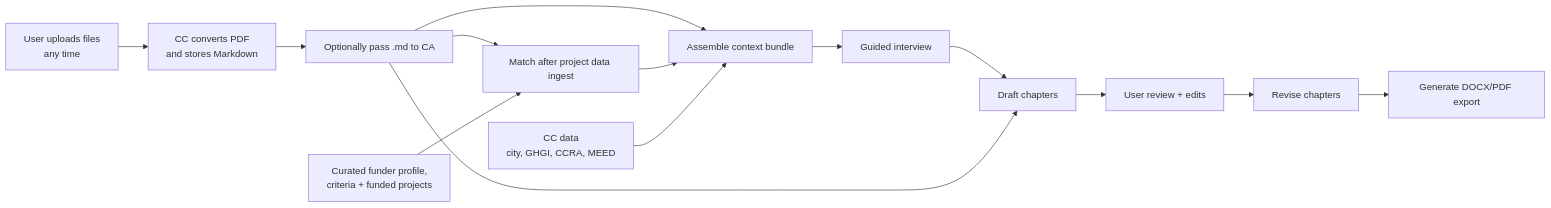
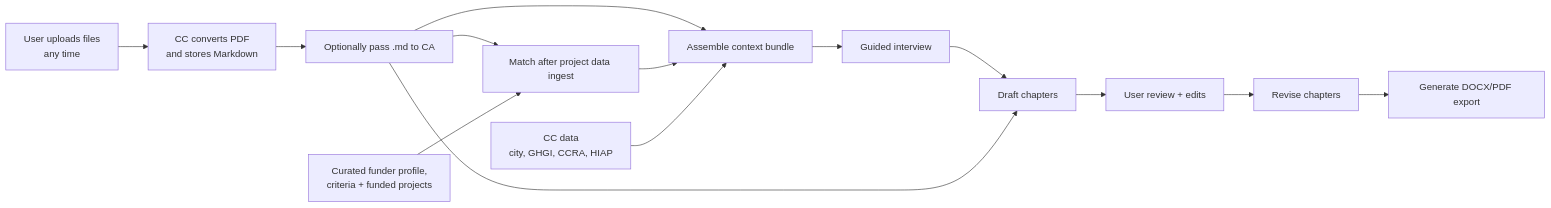
The second of 14 diagrams in docs/ConceptNoteBuilderArchitecture.md (Open-Earth-Foundation/CityCatalyst), drawn with Mermaid before and after one commit. The commit also changed other lines of this file and 15 other files, not shown here.

Commit message:
feat: switch CNB context from MEED to HIAP

````diff
--- a/docs/ConceptNoteBuilderArchitecture.md
+++ b/docs/ConceptNoteBuilderArchitecture.md
@@ -168,20 +168,20 @@
 ```mermaid
 flowchart LR
     Context["Assemble context bundle"]
     Context --> Interview["Guided interview"]
     Interview --> Draft["Draft chapters"]
     Draft --> Review["User review + edits"]
     Review --> Revise["Revise chapters"]
     Revise --> Export["Generate DOCX/PDF export"]
 
     Upload["User uploads files<br/>any time"] --> Convert["CC converts PDF<br/>and stores Markdown"]
     Convert --> Ingest["Optionally pass .md to CA"]
     Ingest --> Context
     Ingest --> Draft
 
     Ingest --> Match["Match after project data ingest"]
     Research["Curated funder profile,<br/>criteria + funded projects"] --> Match
     Match --> Context
 
-    CCData["CC data<br/>city, GHGI, CCRA, MEED"] --> Context
+    CCData["CC data<br/>city, GHGI, CCRA, HIAP"] --> Context
 ```
````
